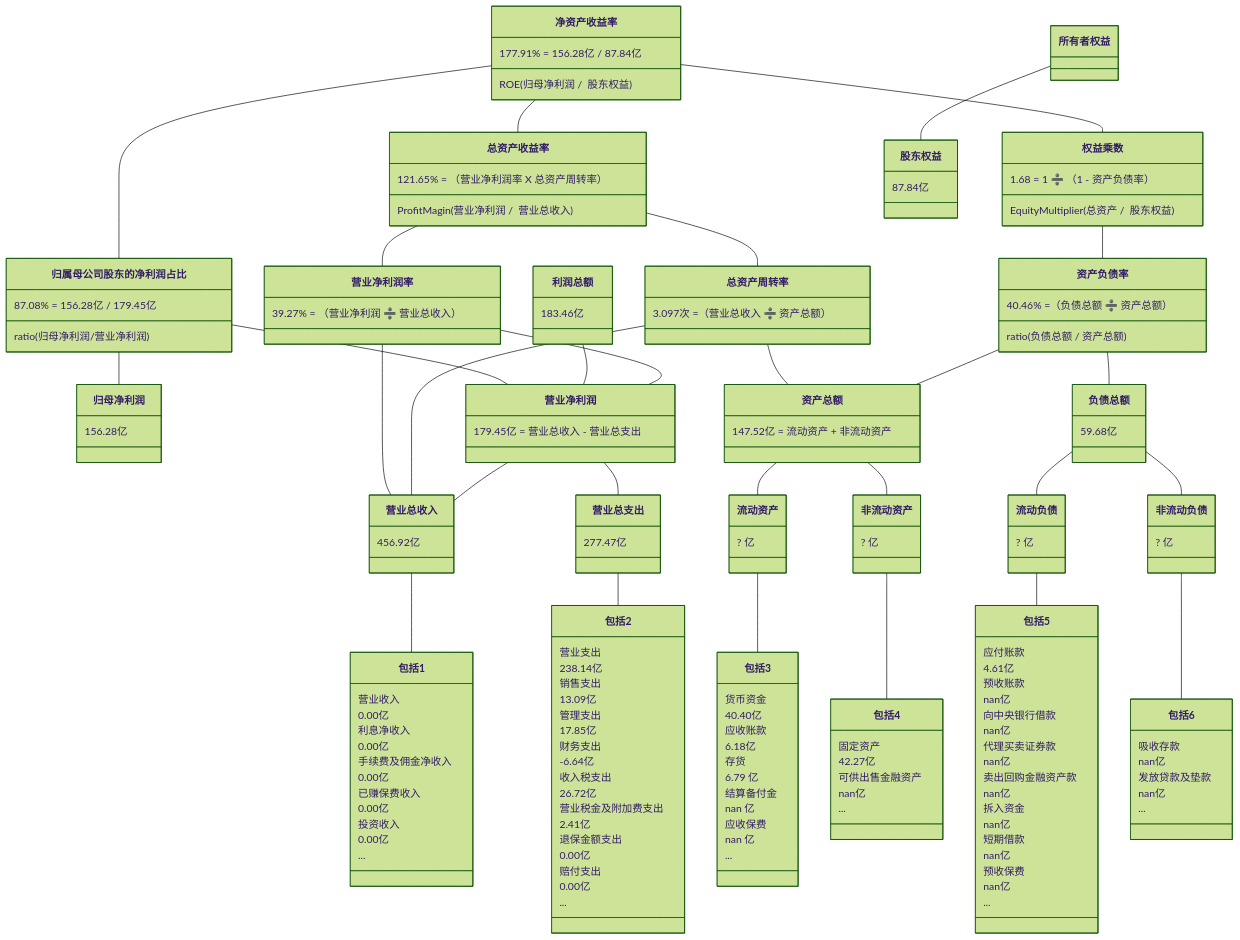
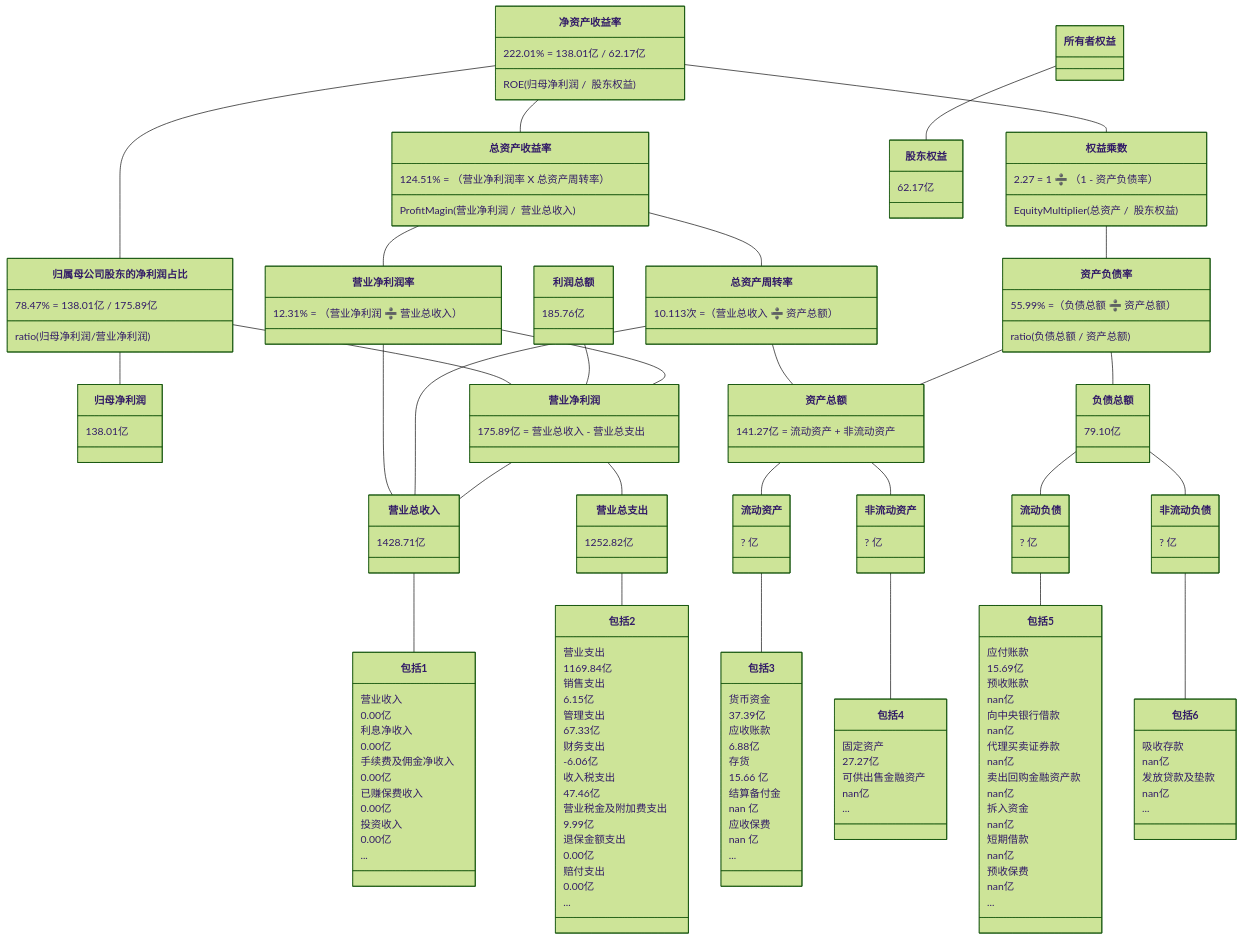
The fourth of 10 diagrams in 2/2.md (TheVeryDarkness/cs410), drawn with Mermaid (forest theme) before and after one commit. The commit also changed other lines of this file and 18 other files, not shown here.

````diff
--- a/2/2.md
+++ b/2/2.md
@@ -475,45 +491,45 @@
 ```mermaid
 classDiagram
 净资产收益率 -- 总资产收益率
-    净资产收益率 : 177.91% = 156.28亿 / 87.84亿
+    净资产收益率 : 222.01% = 138.01亿 / 62.17亿
     净资产收益率 : ROE(归母净利润 /  股东权益)
-    总资产收益率 : 121.65% = （营业净利润率 X 总资产周转率）
+    总资产收益率 : 124.51% = （营业净利润率 X 总资产周转率）
     总资产收益率 : ProfitMagin(营业净利润 /  营业总收入)
 净资产收益率 -- 归属母公司股东的净利润占比
-	  归属母公司股东的净利润占比 : 87.08% = 156.28亿 / 179.45亿
+	  归属母公司股东的净利润占比 : 78.47% = 138.01亿 / 175.89亿
 	  归属母公司股东的净利润占比 : ratio(归母净利润/营业净利润)
 归属母公司股东的净利润占比 -- 归母净利润
-    归母净利润 : 156.28亿
+    归母净利润 : 138.01亿
 归属母公司股东的净利润占比 -- 营业净利润
-利润总额 : 183.46亿
+利润总额 : 185.76亿
 利润总额 -- 营业净利润
 净资产收益率 -- 权益乘数
-    权益乘数 : 1.68 = 1 ➗ （1 - 资产负债率）
+    权益乘数 : 2.27 = 1 ➗ （1 - 资产负债率）
     权益乘数 : EquityMultiplier(总资产 /  股东权益)
 
 总资产收益率 -- 营业净利润率
-    营业净利润率 : 39.27% = （营业净利润 ➗ 营业总收入）
+    营业净利润率 : 12.31% = （营业净利润 ➗ 营业总收入）
 总资产收益率 -- 总资产周转率
-    总资产周转率 : 3.097次 =（营业总收入 ➗ 资产总额）
+    总资产周转率 : 10.113次 =（营业总收入 ➗ 资产总额）
 权益乘数 -- 资产负债率
-    资产负债率  : 40.46% =（负债总额 ➗ 资产总额）
+    资产负债率  : 55.99% =（负债总额 ➗ 资产总额）
     资产负债率  : ratio(负债总额 / 资产总额)
 
 营业净利润率 -- 营业净利润
-    营业净利润 : 179.45亿 = 营业总收入 - 营业总支出
+    营业净利润 : 175.89亿 = 营业总收入 - 营业总支出
 营业净利润率 -- 营业总收入
 总资产周转率 -- 营业总收入
 总资产周转率 -- 资产总额
-    资产总额 : 147.52亿 = 流动资产 + 非流动资产
+    资产总额 : 141.27亿 = 流动资产 + 非流动资产
 资产负债率 -- 负债总额
-    负债总额 : 59.68亿
+    负债总额 : 79.10亿
 资产负债率 -- 资产总额
 
 
 营业净利润 -- 营业总收入
-    营业总收入 : 456.92亿
+    营业总收入 : 1428.71亿
 营业净利润 -- 营业总支出
-    营业总支出 : 277.47亿
+    营业总支出 : 1252.82亿
 资产总额 -- 流动资产
 	  流动资产 : ? 亿
 资产总额 -- 非流动资产
@@ -537,17 +553,17 @@
     包括1 : ...
 营业总支出 -- 包括2
     包括2 : 营业支出
-    包括2 : 238.14亿
+    包括2 : 1169.84亿
     包括2 : 销售支出
-    包括2 : 13.09亿
+    包括2 : 6.15亿
     包括2 : 管理支出
-    包括2 : 17.85亿
+    包括2 : 67.33亿
     包括2 : 财务支出
-    包括2 : -6.64亿
+    包括2 : -6.06亿
     包括2 : 收入税支出
-    包括2 : 26.72亿
+    包括2 : 47.46亿
     包括2 : 营业税金及附加费支出
-    包括2 : 2.41亿
+    包括2 : 9.99亿
     包括2 : 退保金额支出
     包括2 : 0.00亿
     包括2 : 赔付支出
@@ -555,11 +571,11 @@
     包括2 : ...
 流动资产 -- 包括3
     包括3 : 货币资金
-    包括3 : 40.40亿
+    包括3 : 37.39亿
     包括3 : 应收账款
-    包括3 : 6.18亿
+    包括3 : 6.88亿
     包括3 : 存货
-    包括3 : 6.79 亿
+    包括3 : 15.66 亿
     包括3 : 结算备付金
     包括3 : nan 亿
     包括3 : 应收保费
@@ -567,13 +583,13 @@
     包括3 : ...
 非流动资产 -- 包括4
     包括4 : 固定资产
-    包括4 : 42.27亿
+    包括4 : 27.27亿
     包括4 : 可供出售金融资产
     包括4 : nan亿
     包括4 : ...
 流动负债 -- 包括5
     包括5 : 应付账款
-    包括5 : 4.61亿
+    包括5 : 15.69亿
     包括5 : 预收账款
     包括5 : nan亿
     包括5 : 向中央银行借款
@@ -596,5 +612,5 @@
     包括6 : nan亿
     包括6 : ...
 所有者权益 -- 股东权益
-    股东权益 : 87.84亿
+    股东权益 : 62.17亿
 ```
````
